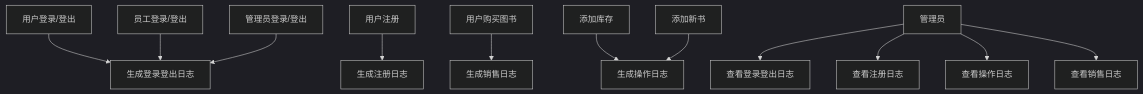
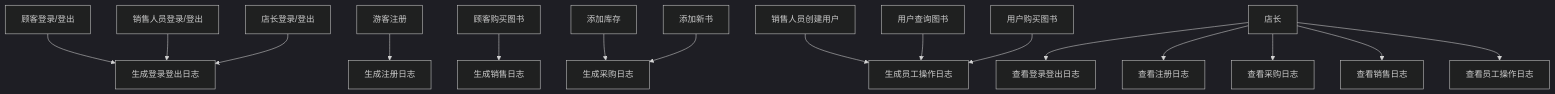
The fourth of 8 diagrams in 需求分析文档.md (yuki-cjm/Bookstore-2025), drawn with Mermaid (dark theme) before and after one commit. The commit also changed other lines of this file, not shown here.

````diff
--- a/需求分析文档.md
+++ b/需求分析文档.md
@@ -135,26 +139,33 @@
 ```mermaid
 graph TD
-    A1[用户登录/登出]-->D1
-    B1[员工登录/登出]-->D1
-    C1[管理员登录/登出]-->D1
+    A1[顾客登录/登出]-->D1
+    B1[销售人员登录/登出]-->D1
+    C1[店长登录/登出]-->D1
     D1[生成登录登出日志]
 
-    A2[用户注册]-->D2
+    A2[游客注册]-->D2
     D2[生成注册日志]
 
-    A3[用户购买图书]-->D3
+    A3[顾客购买图书]-->D3
     D3[生成销售日志]
 
     B4[添加库存]-->D4
     C4[添加新书]-->D4
-    D4[生成操作日志]
+    D4[生成采购日志]
 
-    A5[管理员]-->B5
+    A6[销售人员创建用户]-->D6
+    B6[用户查询图书]-->D6
+    C6[用户购买图书]-->D6
+    D6[生成员工操作日志]
+
+    A5[店长]-->B5
     A5-->C5
     A5-->D5
     A5-->E5
+    A5-->F5
     B5[查看登录登出日志]
     C5[查看注册日志]
-    D5[查看操作日志]
+    D5[查看采购日志]
     E5[查看销售日志]
+    F5[查看员工操作日志]
 ```
````
